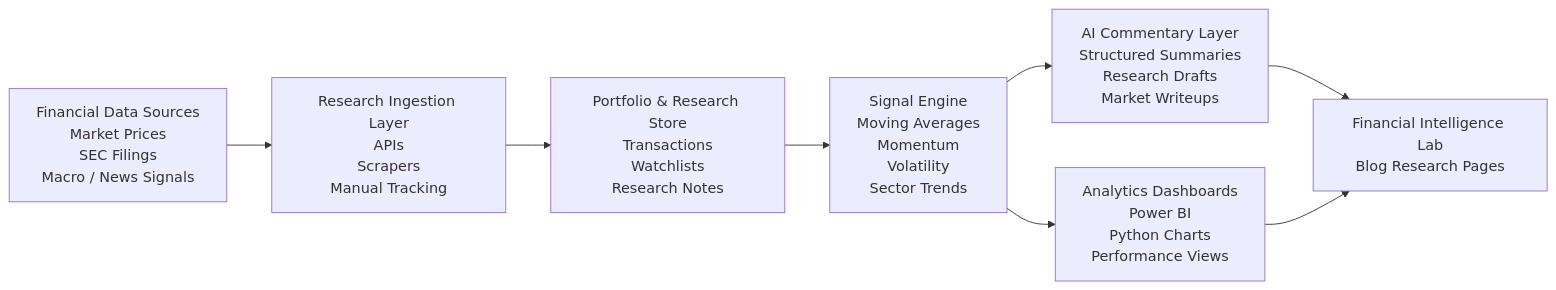
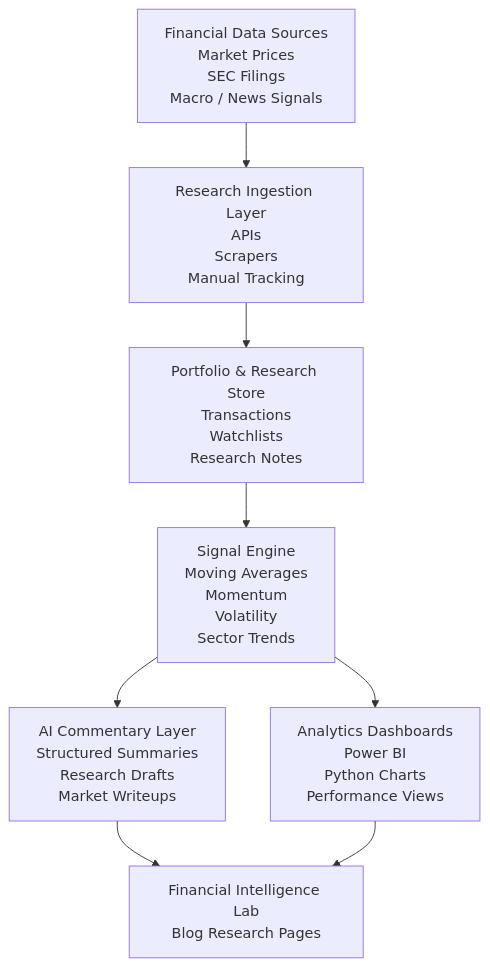
The second of 6 diagrams in README.md (DataEden/fin-tech-intelligence-lab-public), drawn with Mermaid before and after one commit.

Commit message:
updates diagram

````diff
--- a/README.md
+++ b/README.md
@@ -193,10 +193,10 @@
 ```mermaid
-flowchart LR
+flowchart TD
     A[Financial Data Sources<br>Market Prices<br>SEC Filings<br>Macro / News Signals] --> B[Research Ingestion Layer<br>APIs<br>Scrapers<br>Manual Tracking]
     B --> C[Portfolio & Research Store<br>Transactions<br>Watchlists<br>Research Notes]
     C --> D[Signal Engine<br>Moving Averages<br>Momentum<br>Volatility<br>Sector Trends]
     D --> E[AI Commentary Layer<br>Structured Summaries<br>Research Drafts<br>Market Writeups]
     D --> F[Analytics Dashboards<br>Power BI<br>Python Charts<br>Performance Views]
     E --> G[Financial Intelligence Lab<br>Blog Research Pages]
     F --> G
 ```
````
